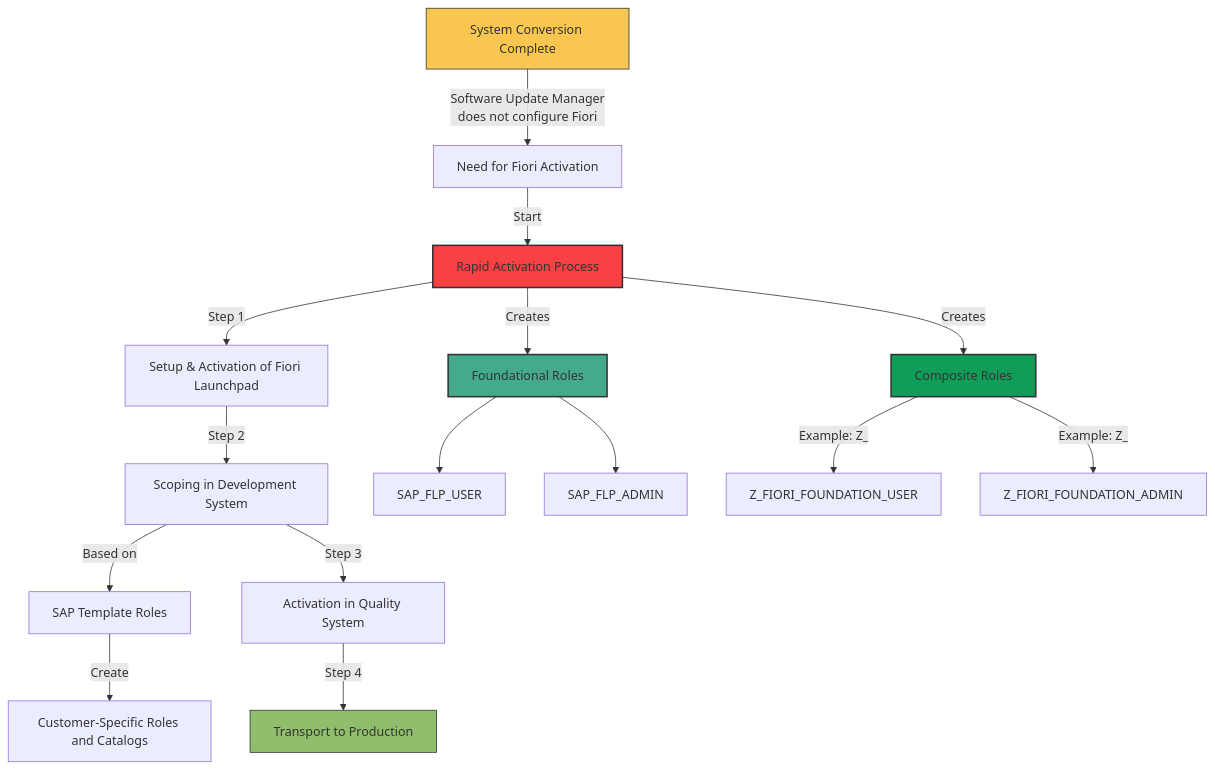
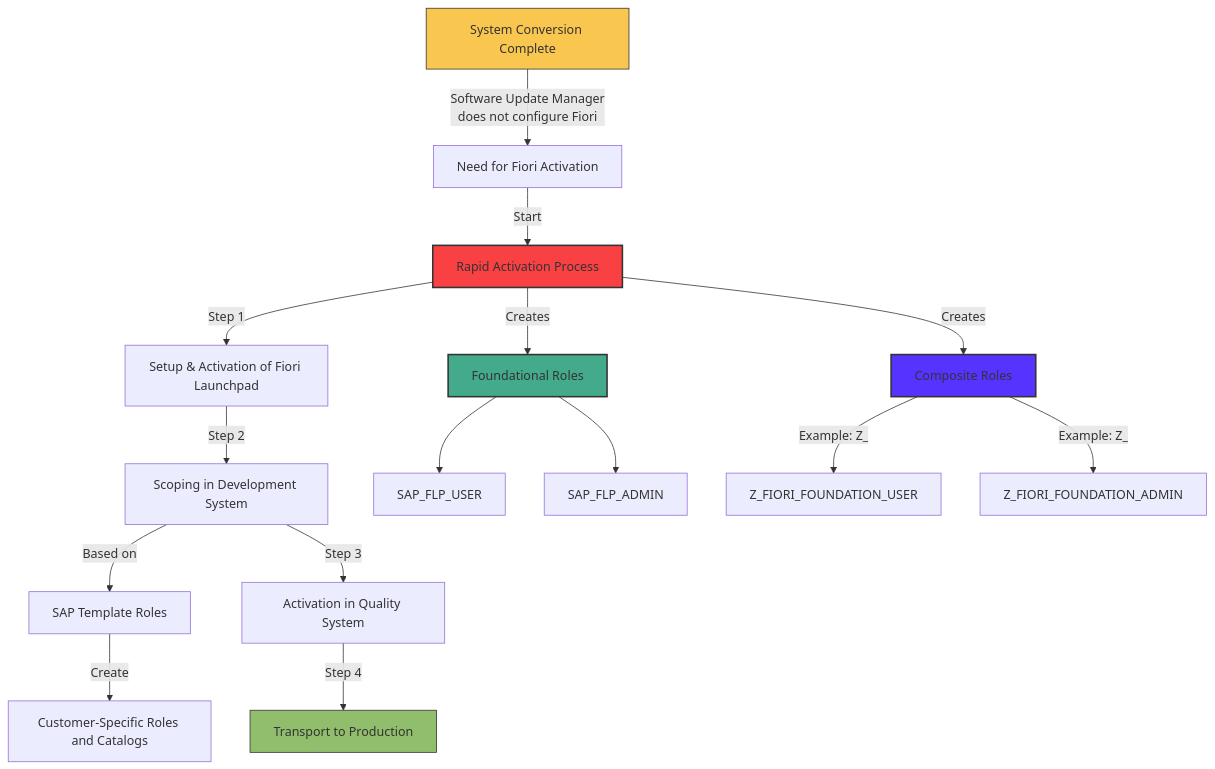
Before and after one commit to sapflashcards/S4CPE: the diagram in fiori-rapid-activation.md, drawn with Mermaid.

````diff
--- a/fiori-rapid-activation.md
+++ b/fiori-rapid-activation.md
@@ -1,26 +1,26 @@
 ```mermaid
 flowchart TD
     A[System Conversion Complete] -->|"Software Update Manager\ndoes not configure Fiori"| B[Need for Fiori Activation]
     B -->|"Start"| C[Rapid Activation Process]
     
     C -->|"Step 1"| D[Setup & Activation of Fiori Launchpad]
     D -->|"Step 2"| E[Scoping in Development System]
     E -->|"Based on"| F[SAP Template Roles]
     F -->|"Create"| G[Customer-Specific Roles and Catalogs]
     E -->|"Step 3"| H[Activation in Quality System]
     H -->|"Step 4"| I[Transport to Production]
     
     C -->|"Creates"| J[Foundational Roles]
     J --> K[SAP_FLP_USER]
     J --> L[SAP_FLP_ADMIN]
     
     C -->|"Creates"| M[Composite Roles]
     M -->|"Example: Z_"| N[Z_FIORI_FOUNDATION_USER]
     M -->|"Example: Z_"| O[Z_FIORI_FOUNDATION_ADMIN]
     
     style A fill:#f9c74f,stroke:#333,stroke-width:1px
     style I fill:#90be6d,stroke:#333,stroke-width:1px
     style C fill:#f94144,stroke:#333,stroke-width:2px
     style J fill:#43aa8b,stroke:#333,stroke-width:2px
-    style M fill:#0F9D58,stroke:#333,stroke-width:2px
+    style M fill:#5733FF,stroke:#333,stroke-width:2px
 ```
````
